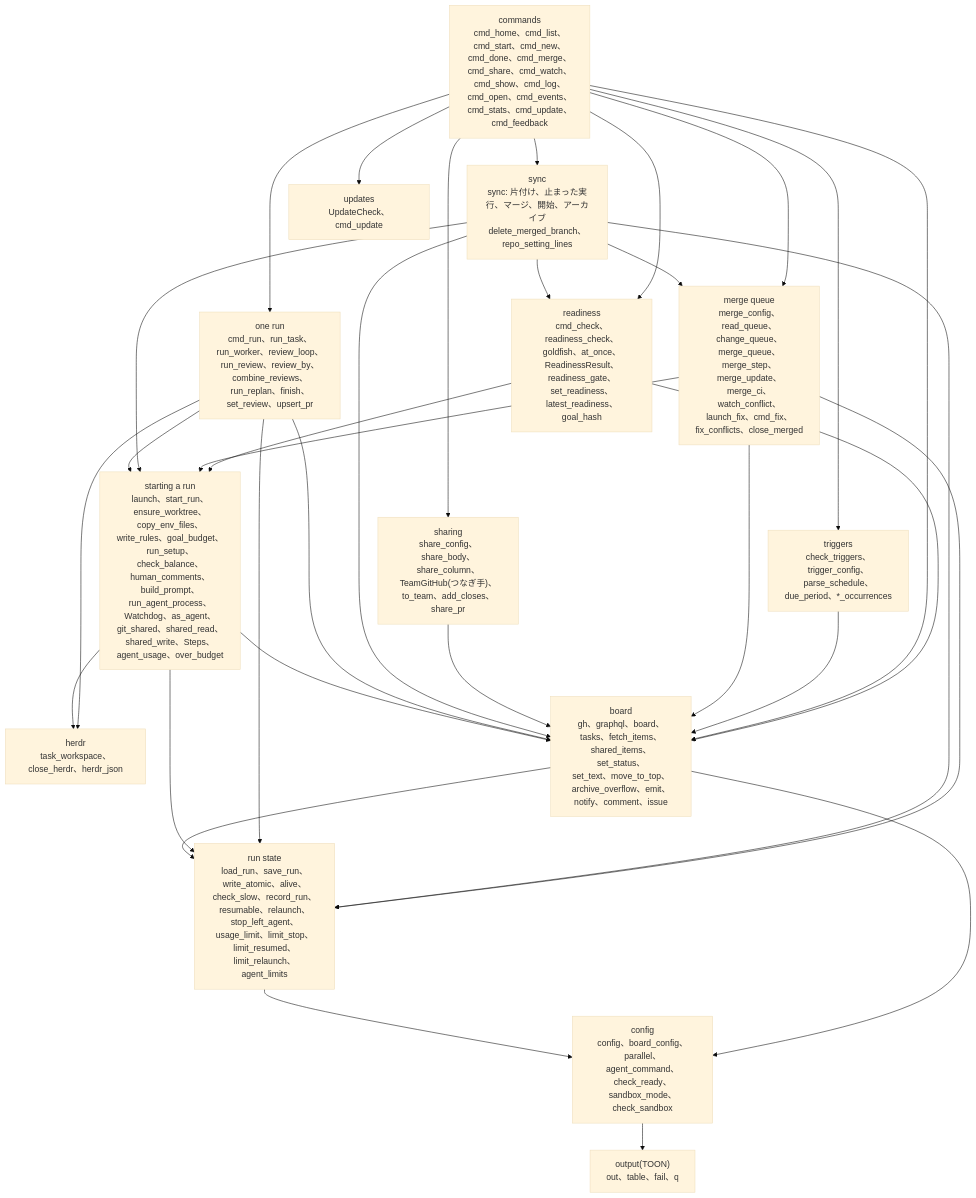
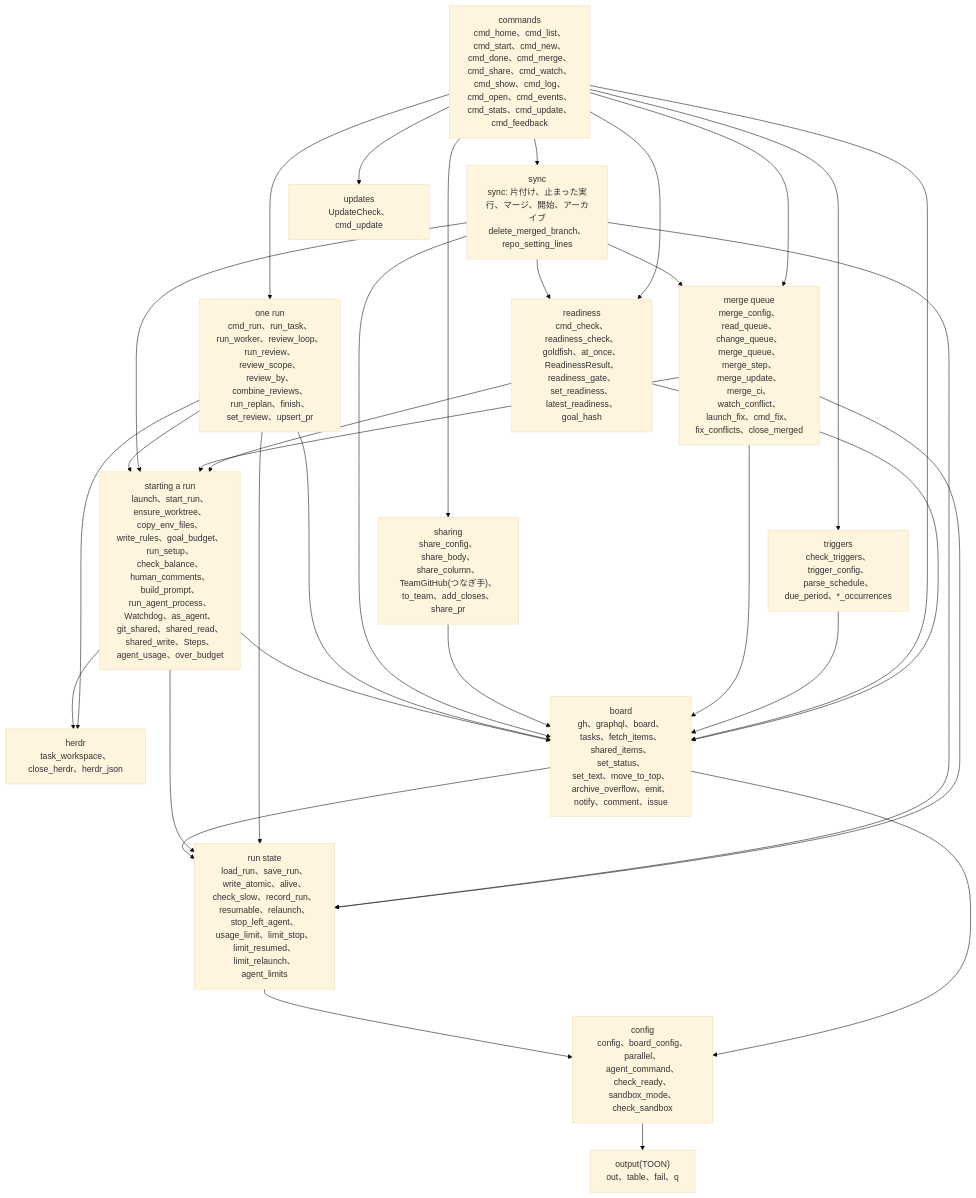
The first of 10 diagrams in docs/architecture/lld.md (jyoka/task-hub), drawn with Mermaid (base theme) before and after one commit. The commit also changed other lines of this file and 9 other files, not shown here.

````diff
--- a/docs/architecture/lld.md
+++ b/docs/architecture/lld.md
@@ -28,49 +28,49 @@
 ```mermaid
 flowchart TB
     commands["commands<br/>cmd_home、cmd_list、cmd_start、cmd_new、cmd_done、cmd_merge、cmd_share、cmd_watch、<br/>cmd_show、cmd_log、cmd_open、cmd_events、cmd_stats、cmd_update、cmd_feedback"]
     mergeq["merge queue<br/>merge_config、read_queue、change_queue、merge_queue、merge_step、merge_update、merge_ci、<br/>watch_conflict、launch_fix、cmd_fix、fix_conflicts、close_merged"]
     sharing["sharing<br/>share_config、share_body、share_column、TeamGitHub(つなぎ手)、to_team、add_closes、share_pr"]
     sync["sync<br/>sync: 片付け、止まった実行、マージ、開始、アーカイブ<br/>delete_merged_branch、repo_setting_lines"]
     readiness["readiness<br/>cmd_check、readiness_check、goldfish、at_once、ReadinessResult、readiness_gate、<br/>set_readiness、latest_readiness、goal_hash"]
-    runone["one run<br/>cmd_run、run_task、run_worker、review_loop、run_review、review_by、combine_reviews、<br/>run_replan、finish、set_review、upsert_pr"]
+    runone["one run<br/>cmd_run、run_task、run_worker、review_loop、run_review、review_scope、review_by、combine_reviews、<br/>run_replan、finish、set_review、upsert_pr"]
     start["starting a run<br/>launch、start_run、ensure_worktree、copy_env_files、write_rules、goal_budget、run_setup、check_balance、human_comments、build_prompt、<br/>run_agent_process、Watchdog、as_agent、git_shared、shared_read、shared_write、Steps、agent_usage、over_budget"]
     herdr["herdr<br/>task_workspace、close_herdr、herdr_json"]
     runstate["run state<br/>load_run、save_run、write_atomic、alive、check_slow、record_run、<br/>resumable、relaunch、stop_left_agent、<br/>usage_limit、limit_stop、limit_resumed、limit_relaunch、agent_limits"]
     boardl["board<br/>gh、graphql、board、tasks、fetch_items、shared_items、set_status、<br/>set_text、move_to_top、archive_overflow、emit、notify、comment、issue"]
     config["config<br/>config、board_config、parallel、agent_command、check_ready、sandbox_mode、check_sandbox"]
     output["output(TOON)<br/>out、table、fail、q"]
     updates["updates<br/>UpdateCheck、cmd_update"]
     triggers["triggers<br/>check_triggers、trigger_config、parse_schedule、due_period、*_occurrences"]
 
     commands --> sync
     commands --> runone
     commands --> readiness
     sync --> readiness
     readiness --> start
     readiness --> boardl
     commands --> boardl
     commands --> updates
     commands --> triggers
     triggers --> boardl
     commands --> sharing
     commands --> mergeq
     sync --> mergeq
     mergeq --> start
     mergeq --> boardl
     mergeq --> runstate
     sharing --> boardl
     sync --> start
     sync --> boardl
     sync --> runstate
     runone --> start
     runone --> boardl
     runone --> runstate
     runone --> herdr
     start --> herdr
     start --> runstate
     start --> boardl
     boardl --> runstate
     boardl --> config
     runstate --> config
     config --> output
 ```
````
